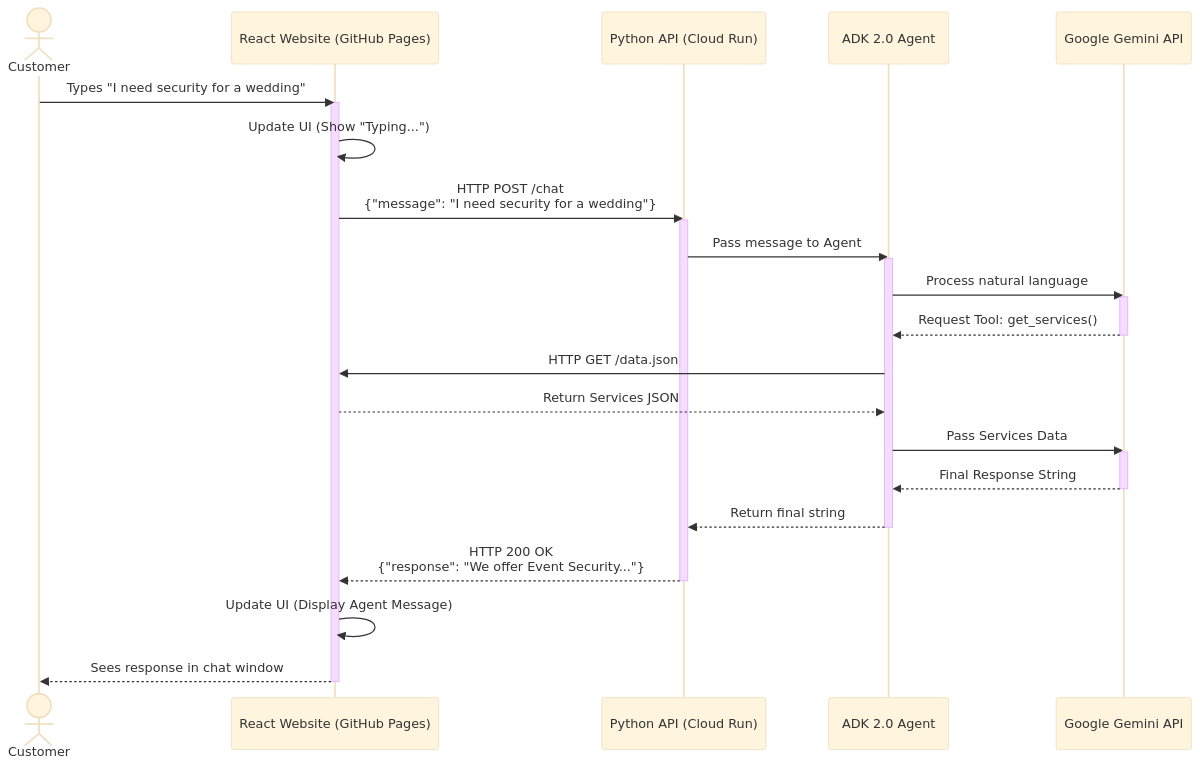
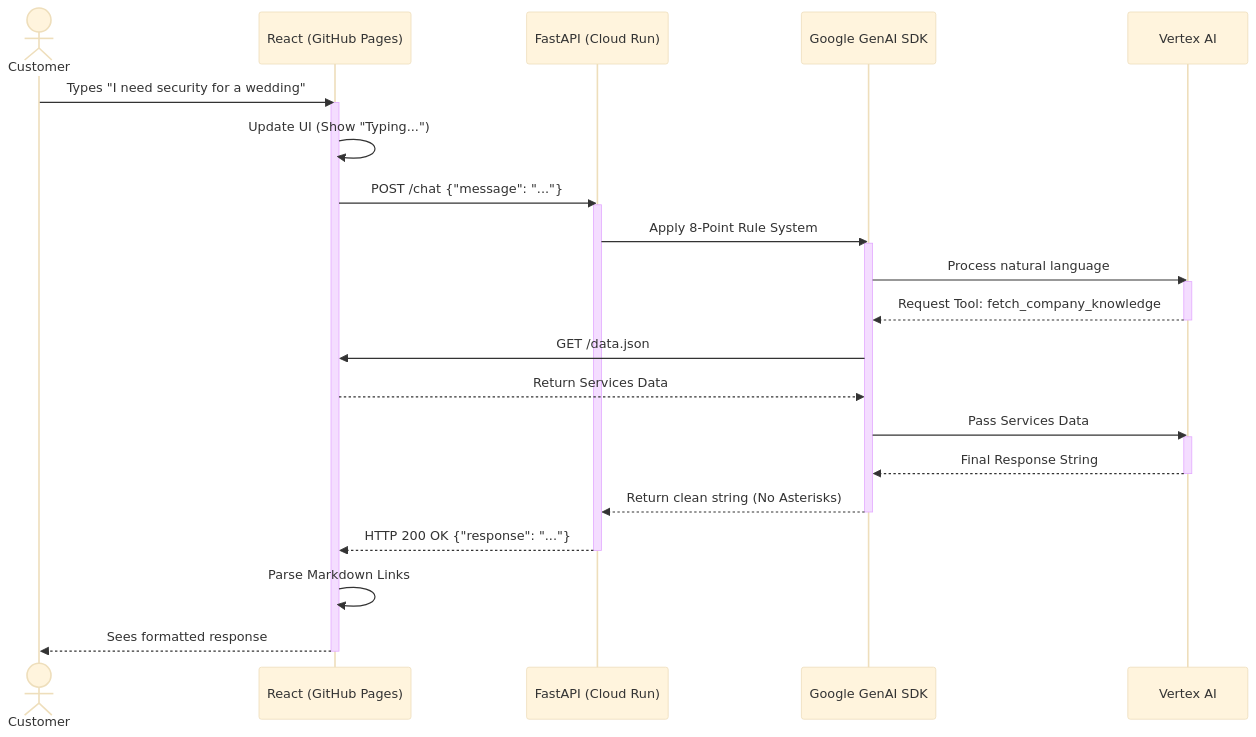
One commit to farooque-azam/google-cloud-demo changed the second of 2 diagrams in ai-agent-demos/al_marsoos_agent/ARCHITECTURE.md. Above: the diagram before and after it, drawn with Mermaid (base theme). The commit also changed other lines of this file and 2 other files, not shown here.

Commit message:
docs: update architecture and SDLC to reflect single-agent pivot and testing techniques

````diff
--- a/ai-agent-demos/al_marsoos_agent/ARCHITECTURE.md
+++ b/ai-agent-demos/al_marsoos_agent/ARCHITECTURE.md
@@ -65,44 +66,41 @@
 ```mermaid
 sequenceDiagram
     actor Customer
-    participant React as React Website (GitHub Pages)
-    participant FastAPI as Python API (Cloud Run)
-    participant ADK as ADK 2.0 Agent
-    participant Gemini as Google Gemini API
+    participant React as React (GitHub Pages)
+    participant FastAPI as FastAPI (Cloud Run)
+    participant GenAI as Google GenAI SDK
+    participant Vertex as Vertex AI
 
     Customer->>React: Types "I need security for a wedding"
     activate React
     React->>React: Update UI (Show "Typing...")
     
-    %% HTTP POST Request
-    React->>FastAPI: HTTP POST /chat <br/>{"message": "I need security for a wedding"}
+    React->>FastAPI: POST /chat {"message": "..."}
     activate FastAPI
     
-    FastAPI->>ADK: Pass message to Agent
-    activate ADK
+    FastAPI->>GenAI: Apply 8-Point Rule System
+    activate GenAI
     
-    %% Agent Logic
-    ADK->>Gemini: Process natural language
-    activate Gemini
-    Gemini-->>ADK: Request Tool: get_services()
-    deactivate Gemini
+    GenAI->>Vertex: Process natural language
+    activate Vertex
+    Vertex-->>GenAI: Request Tool: fetch_company_knowledge
+    deactivate Vertex
     
-    ADK->>React: HTTP GET /data.json
-    React-->>ADK: Return Services JSON
+    GenAI->>React: GET /data.json
+    React-->>GenAI: Return Services Data
     
-    ADK->>Gemini: Pass Services Data
-    activate Gemini
-    Gemini-->>ADK: Final Response String
-    deactivate Gemini
+    GenAI->>Vertex: Pass Services Data
+    activate Vertex
+    Vertex-->>GenAI: Final Response String
+    deactivate Vertex
     
-    %% HTTP POST Response
-    ADK-->>FastAPI: Return final string
-    deactivate ADK
+    GenAI-->>FastAPI: Return clean string (No Asterisks)
+    deactivate GenAI
     
-    FastAPI-->>React: HTTP 200 OK <br/>{"response": "We offer Event Security..."}
+    FastAPI-->>React: HTTP 200 OK {"response": "..."}
     deactivate FastAPI
     
-    React->>React: Update UI (Display Agent Message)
-    React-->>Customer: Sees response in chat window
+    React->>React: Parse Markdown Links
+    React-->>Customer: Sees formatted response
     deactivate React
 ```
````
